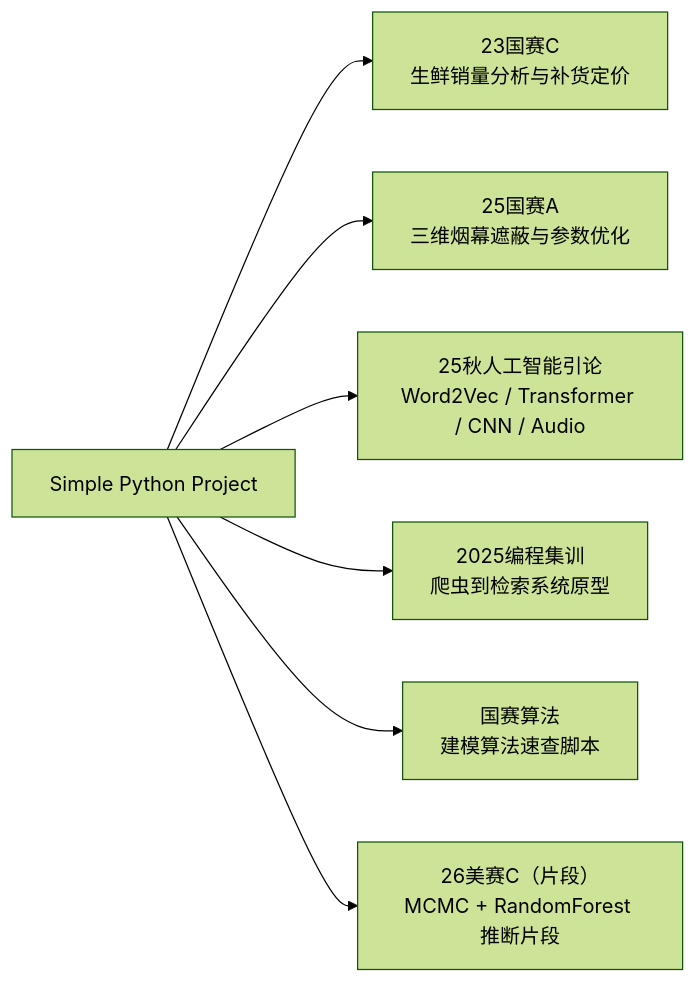
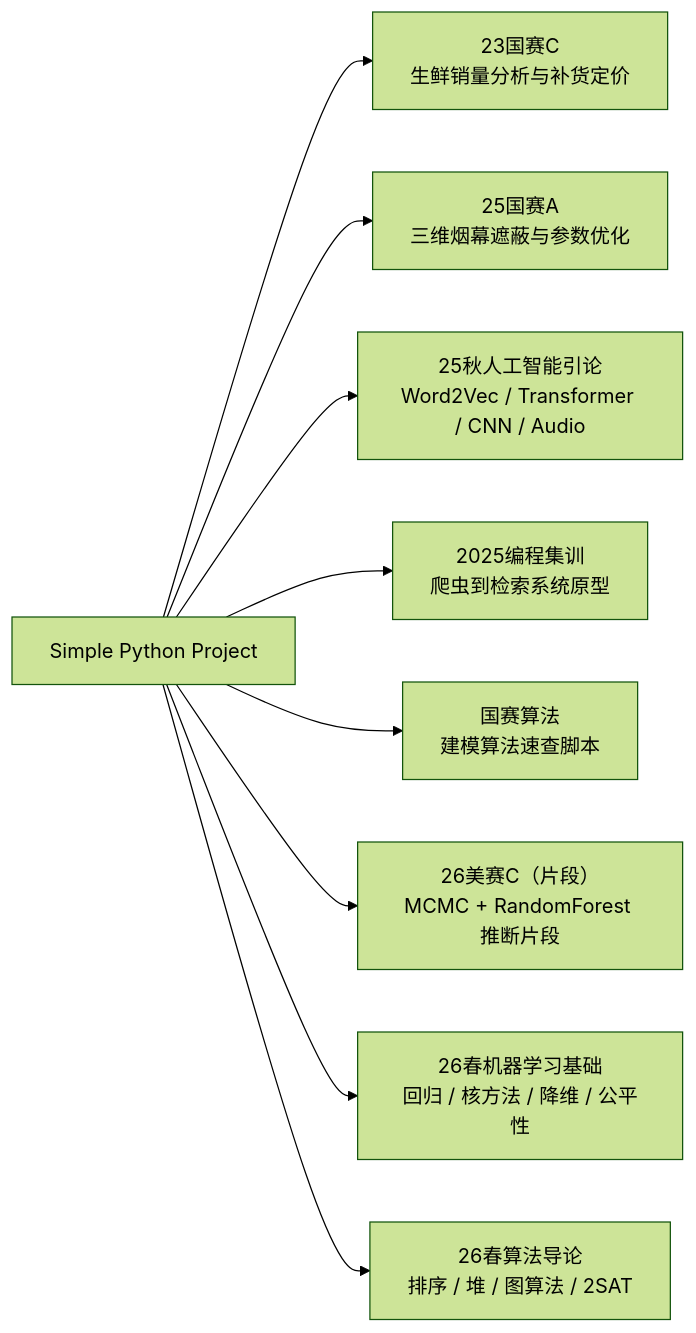
Before and after one commit to IsukaShinji/Pycharm-simple-python-project: the diagram in README.md, drawn with Mermaid (forest theme). The commit also changed other lines of this file and 21 other files, not shown here.

````diff
--- a/README.md
+++ b/README.md
@@ -13,10 +13,12 @@
 ```mermaid
 flowchart LR
     R[Simple Python Project]
     R --> C23[23国赛C<br/>生鲜销量分析与补货定价]
     R --> A25[25国赛A<br/>三维烟幕遮蔽与参数优化]
     R --> AI[25秋人工智能引论<br/>Word2Vec / Transformer / CNN / Audio]
     R --> Boot[2025编程集训<br/>爬虫到检索系统原型]
     R --> Algo[国赛算法<br/>建模算法速查脚本]
     R --> MCM[26美赛C（片段）<br/>MCMC + RandomForest 推断片段]
+    R --> ML26[26春机器学习基础<br/>回归 / 核方法 / 降维 / 公平性]
+    R --> ALG26[26春算法导论<br/>排序 / 堆 / 图算法 / 2SAT]
 ```
````
